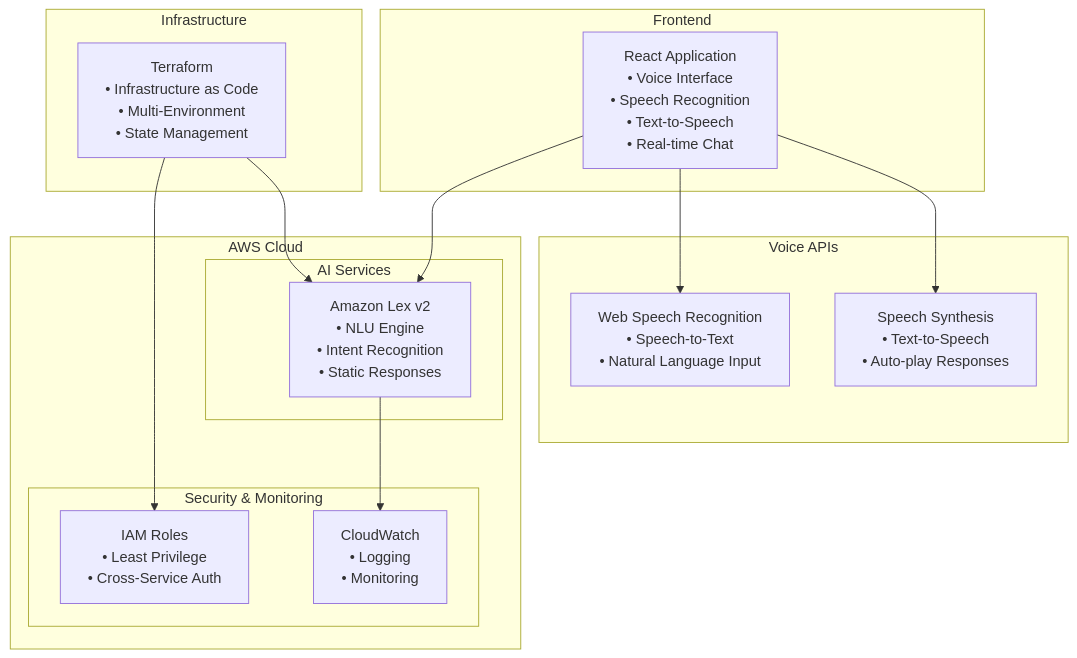
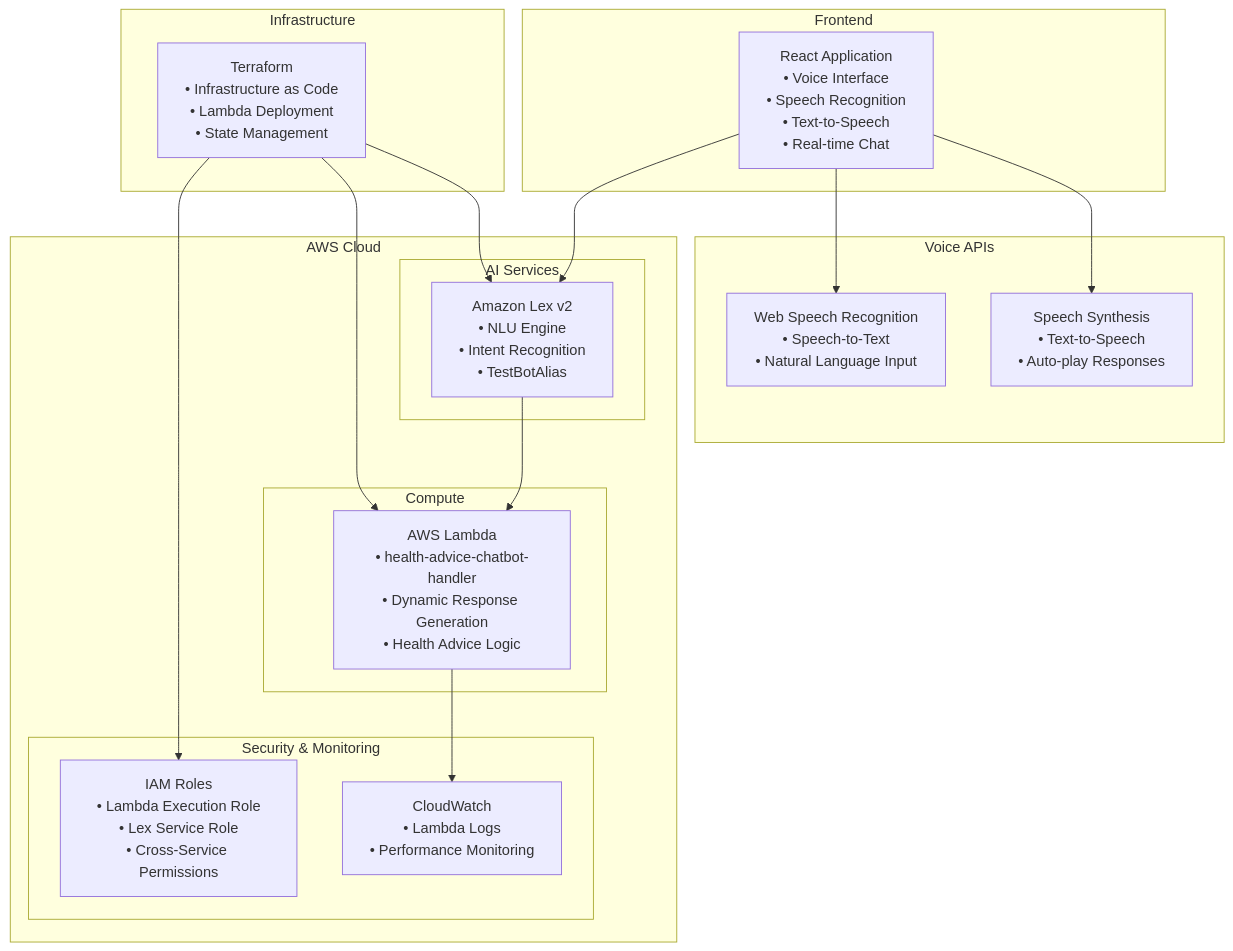
Before and after one commit to abaasi256/AWS-Health-Advice-Chatbot: the diagram in README.md, drawn with Mermaid. The commit also changed other lines of this file and 21 other files, not shown here.

````diff
--- a/README.md
+++ b/README.md
@@ -58,33 +59,39 @@
 ```mermaid
 graph TB
     subgraph "Frontend"
         UI[React Application<br/>• Voice Interface<br/>• Speech Recognition<br/>• Text-to-Speech<br/>• Real-time Chat]
     end
     
     subgraph "Voice APIs"
         WSR[Web Speech Recognition<br/>• Speech-to-Text<br/>• Natural Language Input]
         TTS[Speech Synthesis<br/>• Text-to-Speech<br/>• Auto-play Responses]
     end
     
     subgraph "AWS Cloud"
         subgraph "AI Services"
-            Lex[Amazon Lex v2<br/>• NLU Engine<br/>• Intent Recognition<br/>• Static Responses]
+            Lex[Amazon Lex v2<br/>• NLU Engine<br/>• Intent Recognition<br/>• TestBotAlias]
+        end
+        
+        subgraph "Compute"
+            Lambda[AWS Lambda<br/>• health-advice-chatbot-handler<br/>• Dynamic Response Generation<br/>• Health Advice Logic]
         end
         
         subgraph "Security & Monitoring"
-            IAM[IAM Roles<br/>• Least Privilege<br/>• Cross-Service Auth]
-            CW[CloudWatch<br/>• Logging<br/>• Monitoring]
+            IAM[IAM Roles<br/>• Lambda Execution Role<br/>• Lex Service Role<br/>• Cross-Service Permissions]
+            CW[CloudWatch<br/>• Lambda Logs<br/>• Performance Monitoring]
         end
     end
     
     subgraph "Infrastructure"
-        TF[Terraform<br/>• Infrastructure as Code<br/>• Multi-Environment<br/>• State Management]
+        TF[Terraform<br/>• Infrastructure as Code<br/>• Lambda Deployment<br/>• State Management]
     end
     
     UI --> WSR
     UI --> TTS
     UI --> Lex
+    Lex --> Lambda
+    Lambda --> CW
+    TF --> Lambda
     TF --> IAM
     TF --> Lex
-    Lex --> CW
 ```
````
